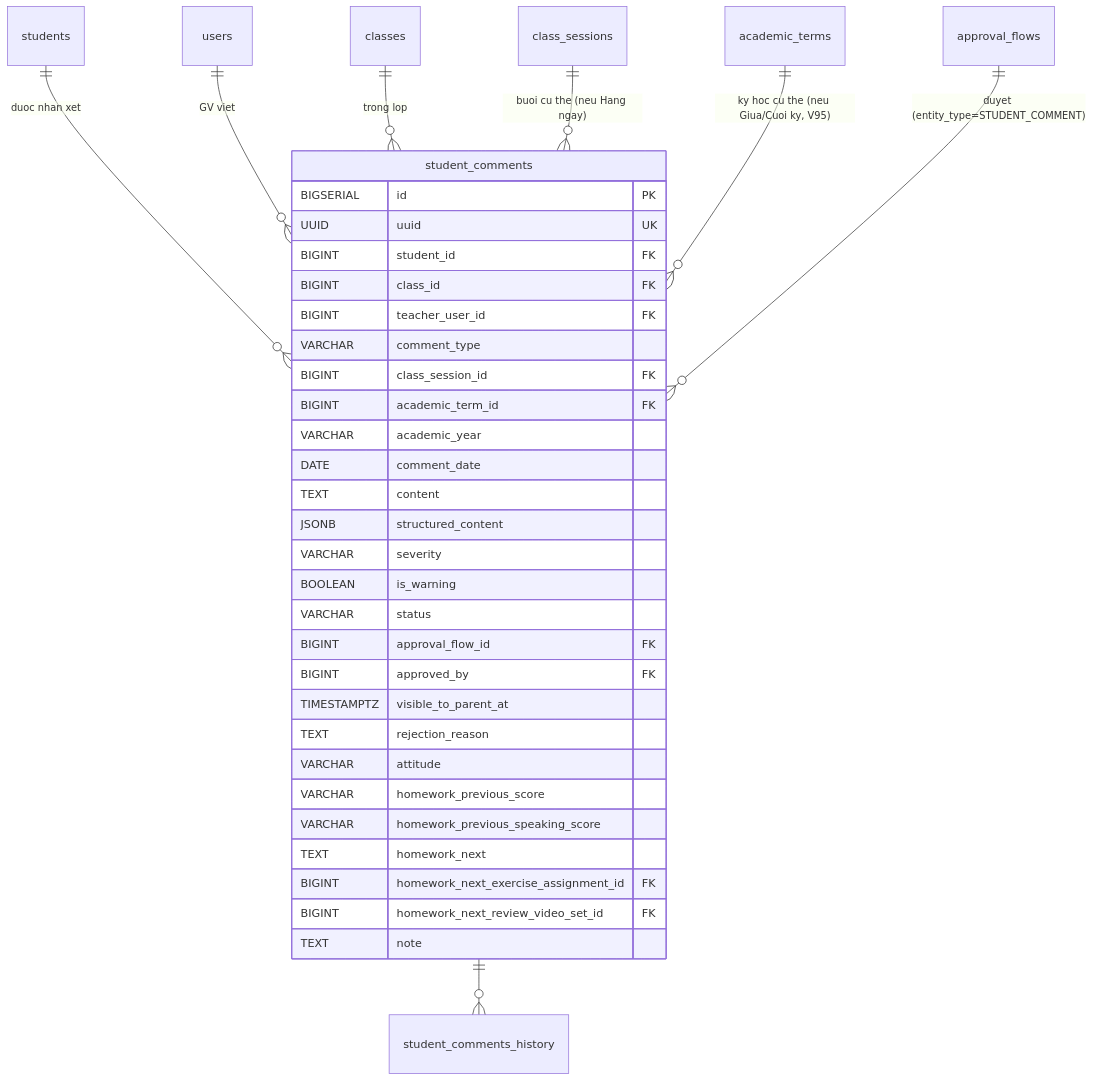
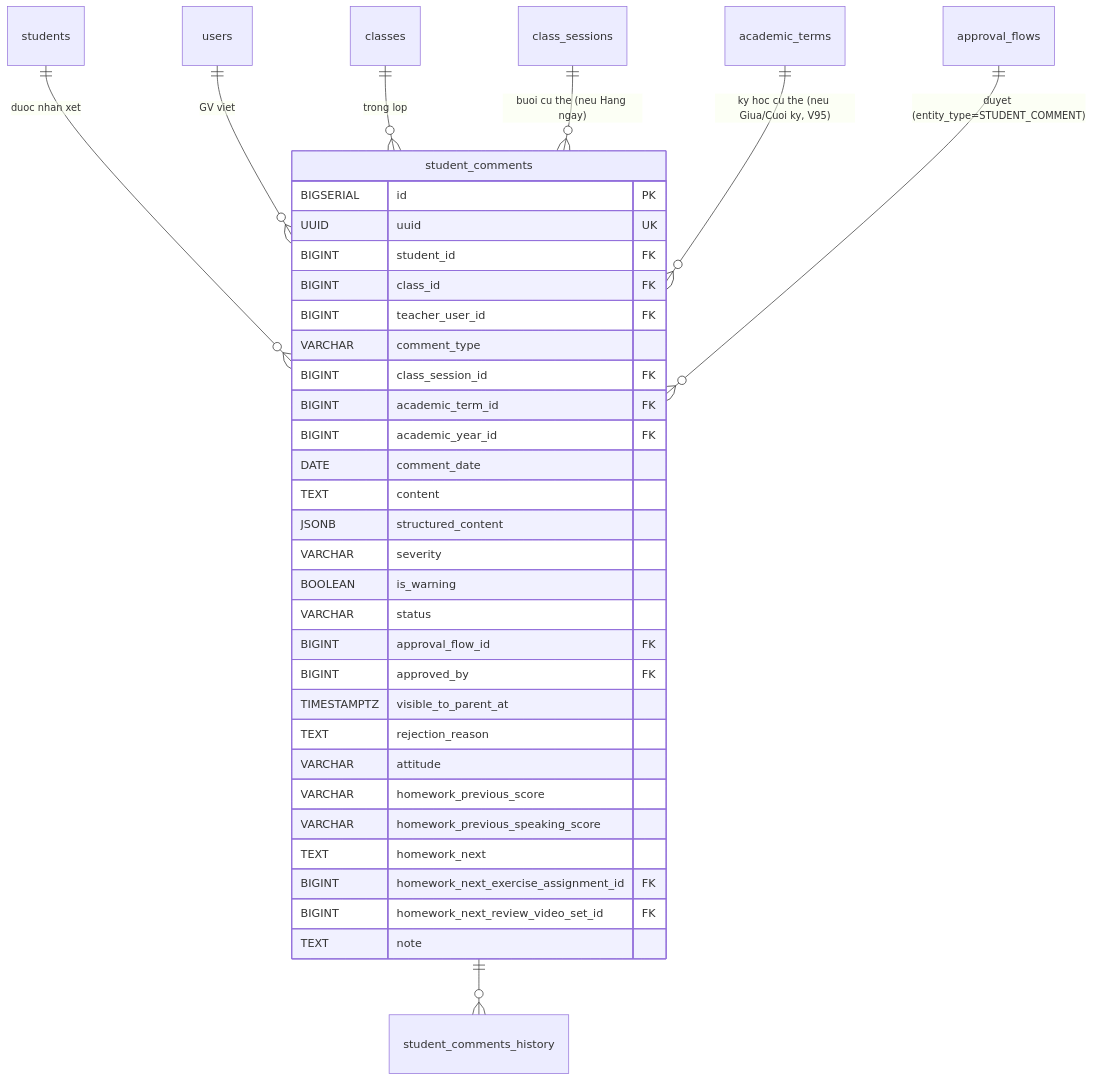
Before and after one commit to langtuananh2424/pps-education: the fourth of 4 diagrams in docs/sdd-groups/06-hoc-thuat.md, drawn with Mermaid. The commit also changed other lines of this file and 19 other files, not shown here.

````diff
--- a/docs/sdd-groups/06-hoc-thuat.md
+++ b/docs/sdd-groups/06-hoc-thuat.md
@@ -1296,40 +1359,40 @@
 ```mermaid
 erDiagram
     students ||--o{ student_comments : "duoc nhan xet"
     users ||--o{ student_comments : "GV viet"
     classes ||--o{ student_comments : "trong lop"
     class_sessions ||--o{ student_comments : "buoi cu the (neu Hang ngay)"
     academic_terms ||--o{ student_comments : "ky hoc cu the (neu Giua/Cuoi ky, V95)"
 
     student_comments ||--o{ student_comments_history : ""
     approval_flows ||--o{ student_comments : "duyet (entity_type=STUDENT_COMMENT)"
 
     student_comments {
         BIGSERIAL id PK
         UUID uuid UK
         BIGINT student_id FK
         BIGINT class_id FK
         BIGINT teacher_user_id FK
         VARCHAR comment_type
         BIGINT class_session_id FK
         BIGINT academic_term_id FK
-        VARCHAR academic_year
+        BIGINT academic_year_id FK
         DATE comment_date
         TEXT content
         JSONB structured_content
         VARCHAR severity
         BOOLEAN is_warning
         VARCHAR status
         BIGINT approval_flow_id FK
         BIGINT approved_by FK
         TIMESTAMPTZ visible_to_parent_at
         TEXT rejection_reason
         VARCHAR attitude
         VARCHAR homework_previous_score
         VARCHAR homework_previous_speaking_score
         TEXT homework_next
         BIGINT homework_next_exercise_assignment_id FK
         BIGINT homework_next_review_video_set_id FK
         TEXT note
     }
 ```
````
